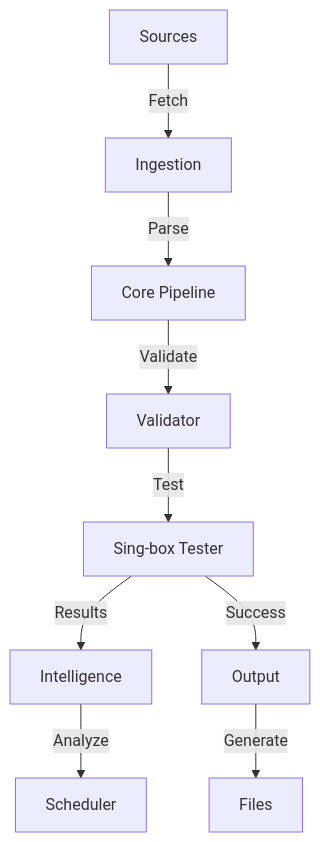
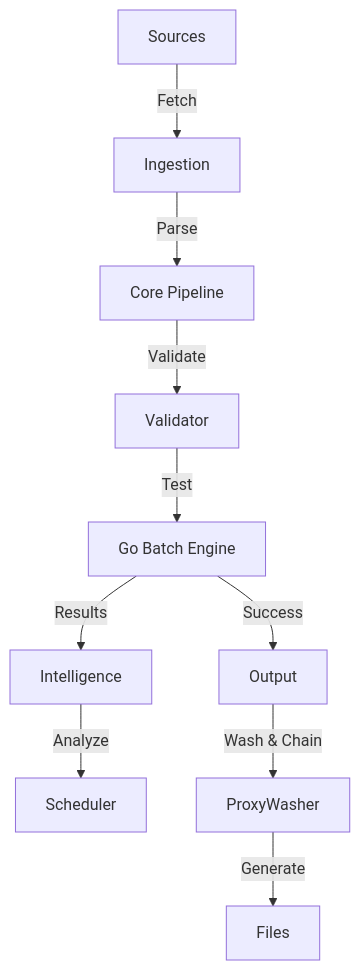
The diagram in ARCHITECTURE.md (AmirrezaFarnamTaheri/ConfigStream), drawn with Mermaid before and after one commit. The commit also changed other lines of this file and 3 other files, not shown here.

Commit message:
Implement Zero to Hero Roadmap: Go Engine, Proxy Washing, Smart Chains

````diff
--- a/ARCHITECTURE.md
+++ b/ARCHITECTURE.md
@@ -9,11 +9,12 @@
 ```mermaid
 graph TD
     Sources[Sources] -->|Fetch| Ingestion
     Ingestion -->|Parse| Core[Core Pipeline]
     Core -->|Validate| Validator
-    Validator -->|Test| Tester[Sing-box Tester]
+    Validator -->|Test| Tester[Go Batch Engine]
     Tester -->|Results| Intelligence
     Intelligence -->|Analyze| Scheduler
     Tester -->|Success| Output
-    Output -->|Generate| Artifacts[Files]
+    Output -->|Wash & Chain| ProxyWasher
+    ProxyWasher -->|Generate| Artifacts[Files]
 ```
````
